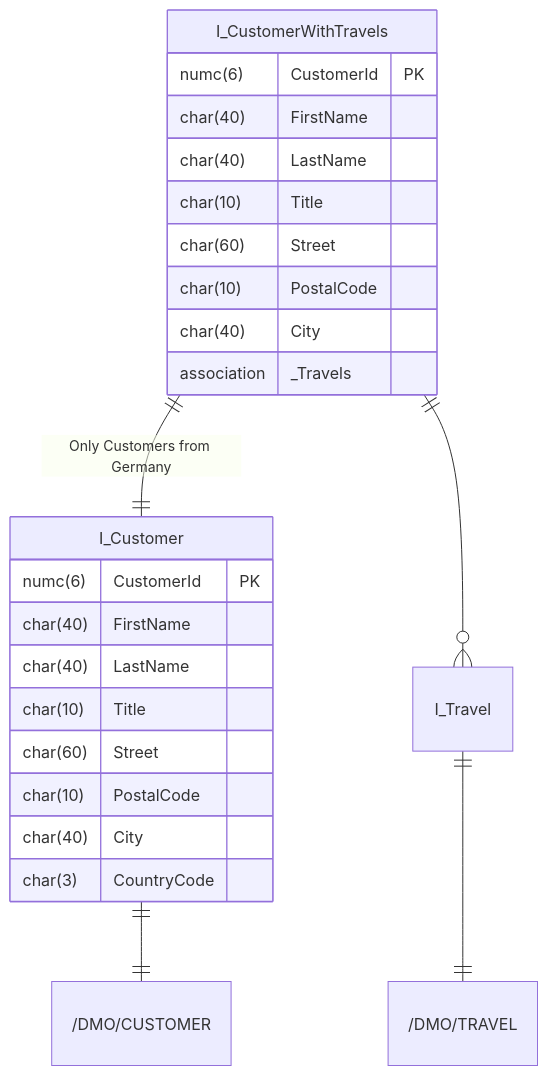
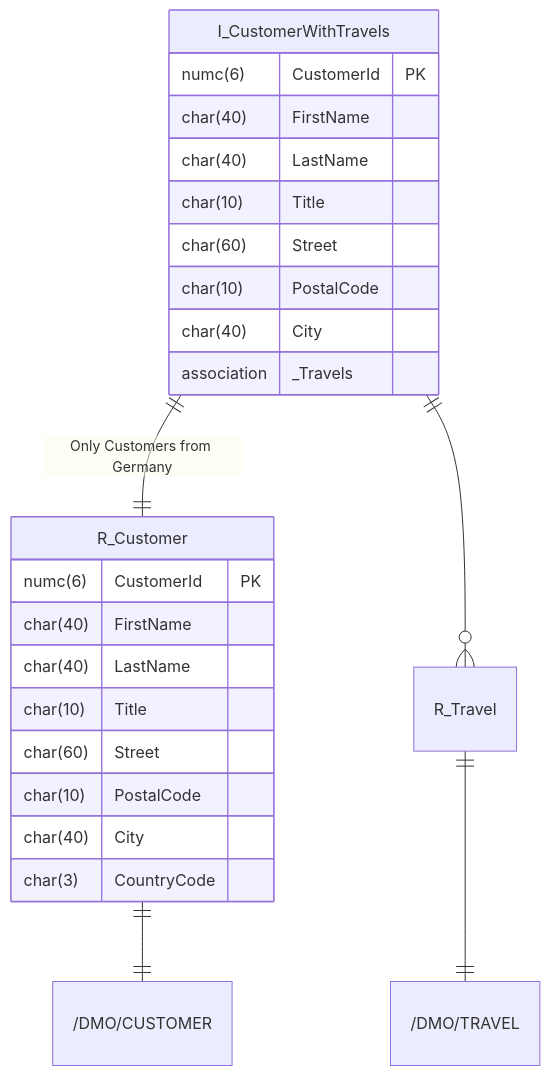
One commit to appenmaier/s4hana changed the diagram in docs/exercises/abap-cds/abap-cds-07.md. Above: the diagram before and after it, drawn with Mermaid. The commit also changed 15 other files, not shown here.

````diff
--- a/docs/exercises/abap-cds/abap-cds-07.md
+++ b/docs/exercises/abap-cds/abap-cds-07.md
@@ -11,30 +11,30 @@
 ```mermaid
 erDiagram
 
-    I_Customer ||--|| "/DMO/CUSTOMER" : ""
-    I_Travel ||--|| "/DMO/TRAVEL" : ""
-    I_CustomerWithTravels ||--|| I_Customer : "Only Customers from Germany"
-    I_CustomerWithTravels ||--o{ I_Travel : ""
+    R_Customer ||--|| "/DMO/CUSTOMER" : ""
+    R_Travel ||--|| "/DMO/TRAVEL" : ""
+    I_CustomerWithTravels ||--|| R_Customer : "Only Customers from Germany"
+    I_CustomerWithTravels ||--o{ R_Travel : ""
 
     I_CustomerWithTravels {
         numc(6) CustomerId PK
         char(40) FirstName
         char(40) LastName
         char(10) Title
         char(60) Street
         char(10) PostalCode
         char(40) City
         association _Travels
     }
 
-    I_Customer {
+    R_Customer {
         numc(6) CustomerId PK
         char(40) FirstName
         char(40) LastName
         char(10) Title
         char(60) Street
         char(10) PostalCode
         char(40) City
         char(3) CountryCode
     }
 ```
````
